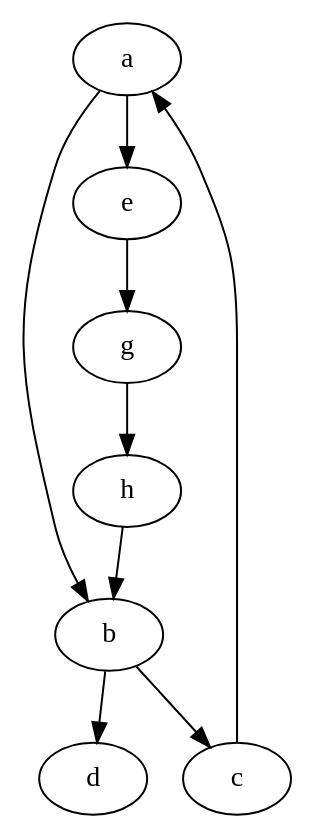
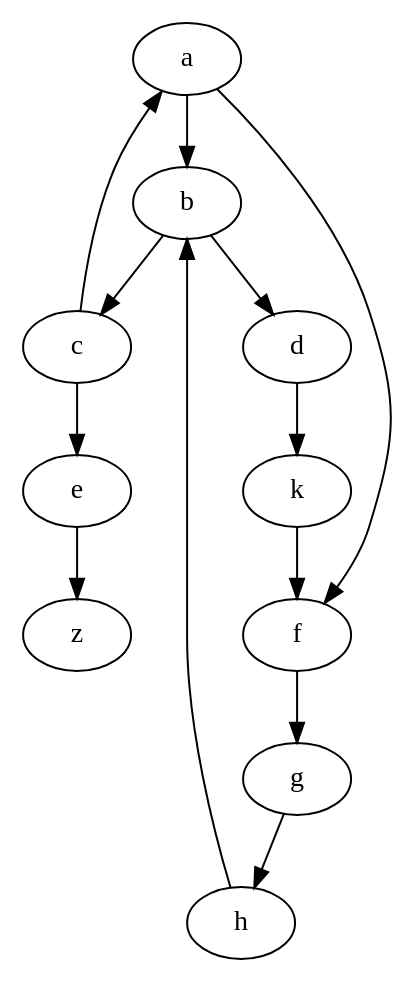
One commit to johnmitchelll/CSE464_2025_jmmitc15 changed the diagram in test_output.dot. Above: the diagram before and after it, drawn with Graphviz. The commit also changed 24 other files, not shown here.

```diff
--- a/test_output.dot
+++ b/test_output.dot
@@ -1,10 +1,14 @@
 digraph G {
     a -> b;
-    a -> e;
+    a -> f;
     b -> c;
     b -> d;
+    c -> e;
     c -> a;
-    e -> g;
+    d -> k;
+    e -> z;
+    f -> g;
     g -> h;
     h -> b;
+    k -> f;
 }
```
